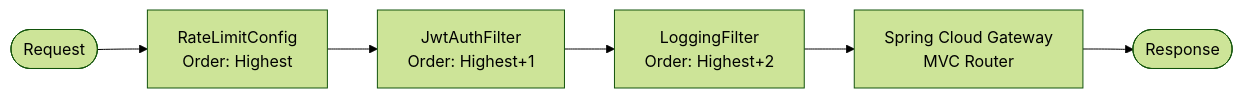
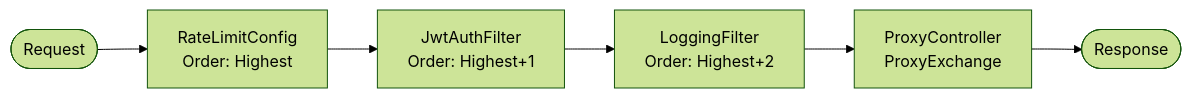
The sixth of 23 diagrams in docs/ARCHITECTURE.md (janghoesoo1/pact-conference-demo-phase1), drawn with Mermaid (forest theme) before and after one commit. The commit also changed other lines of this file and 6 other files, not shown here.

First line of the commit message:
feat: Gateway ProxyExchange 라우팅, JWT 필터 수정, 아키텍처 문서 보강

````diff
--- a/docs/ARCHITECTURE.md
+++ b/docs/ARCHITECTURE.md
@@ -460,8 +452,8 @@
 ```mermaid
 graph LR
-    REQ([Request]) --> RL[RateLimitConfig\nOrder: Highest]
-    RL --> JWT_F[JwtAuthFilter\nOrder: Highest+1]
-    JWT_F --> LOG_F[LoggingFilter\nOrder: Highest+2]
-    LOG_F --> SCG[Spring Cloud Gateway\nMVC Router]
+    REQ([Request]) --> RL["RateLimitConfig<br/>Order: Highest"]
+    RL --> JWT_F["JwtAuthFilter<br/>Order: Highest+1"]
+    JWT_F --> LOG_F["LoggingFilter<br/>Order: Highest+2"]
+    LOG_F --> SCG["ProxyController<br/>ProxyExchange"]
     SCG --> RES([Response])
 ```
````
